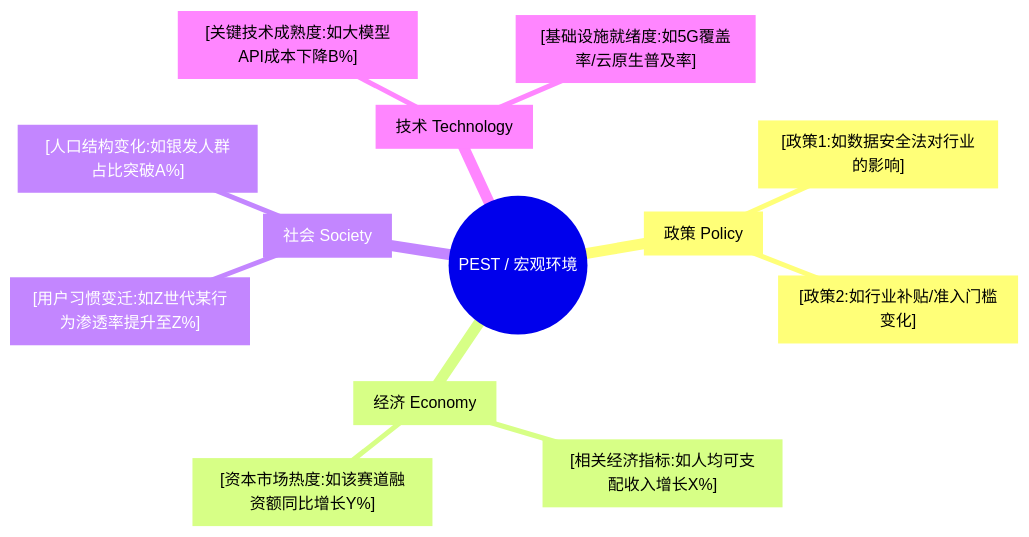
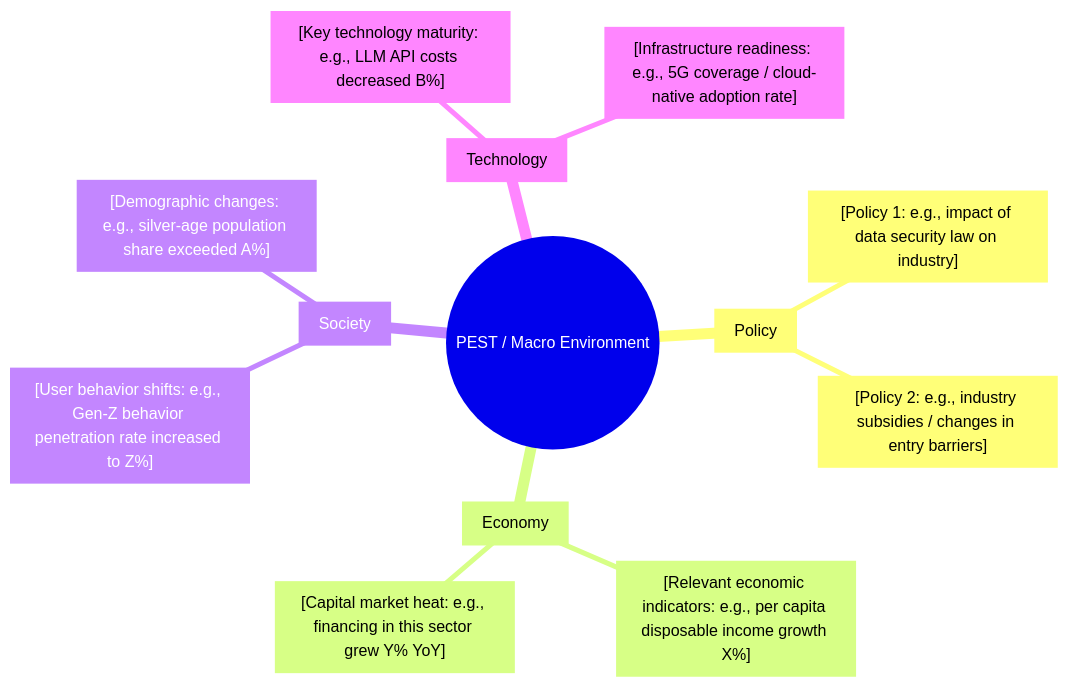
The second of 18 diagrams in templates/产品/战略层/【模板】市场需求文档.md (Kirky-X/cangjie), drawn with Mermaid before and after one commit. The commit also changed other lines of this file and 46 other files, not shown here.

````diff
--- a/templates/产品/战略层/【模板】市场需求文档.md
+++ b/templates/产品/战略层/【模板】市场需求文档.md
@@ -83,16 +83,16 @@
 ```mermaid
 mindmap
-  root((PEST / 宏观环境))
-    P[政策 Policy]
-      ["[政策1:如数据安全法对行业的影响]"]
-      ["[政策2:如行业补贴/准入门槛变化]"]
-    E[经济 Economy]
-      ["[相关经济指标:如人均可支配收入增长X%]"]
-      ["[资本市场热度:如该赛道融资额同比增长Y%]"]
-    S[社会 Society]
-      ["[用户习惯变迁:如Z世代某行为渗透率提升至Z%]"]
-      ["[人口结构变化:如银发人群占比突破A%]"]
-    T[技术 Technology]
-      ["[关键技术成熟度:如大模型API成本下降B%]"]
-      ["[基础设施就绪度:如5G覆盖率/云原生普及率]"]
+  root((PEST / Macro Environment))
+    P[Policy]
+      ["[Policy 1: e.g., impact of data security law on industry]"]
+      ["[Policy 2: e.g., industry subsidies / changes in entry barriers]"]
+    E[Economy]
+      ["[Relevant economic indicators: e.g., per capita disposable income growth X%]"]
+      ["[Capital market heat: e.g., financing in this sector grew Y% YoY]"]
+    S[Society]
+      ["[User behavior shifts: e.g., Gen-Z behavior penetration rate increased to Z%]"]
+      ["[Demographic changes: e.g., silver-age population share exceeded A%]"]
+    T[Technology]
+      ["[Key technology maturity: e.g., LLM API costs decreased B%]"]
+      ["[Infrastructure readiness: e.g., 5G coverage / cloud-native adoption rate]"]
 ```
````
